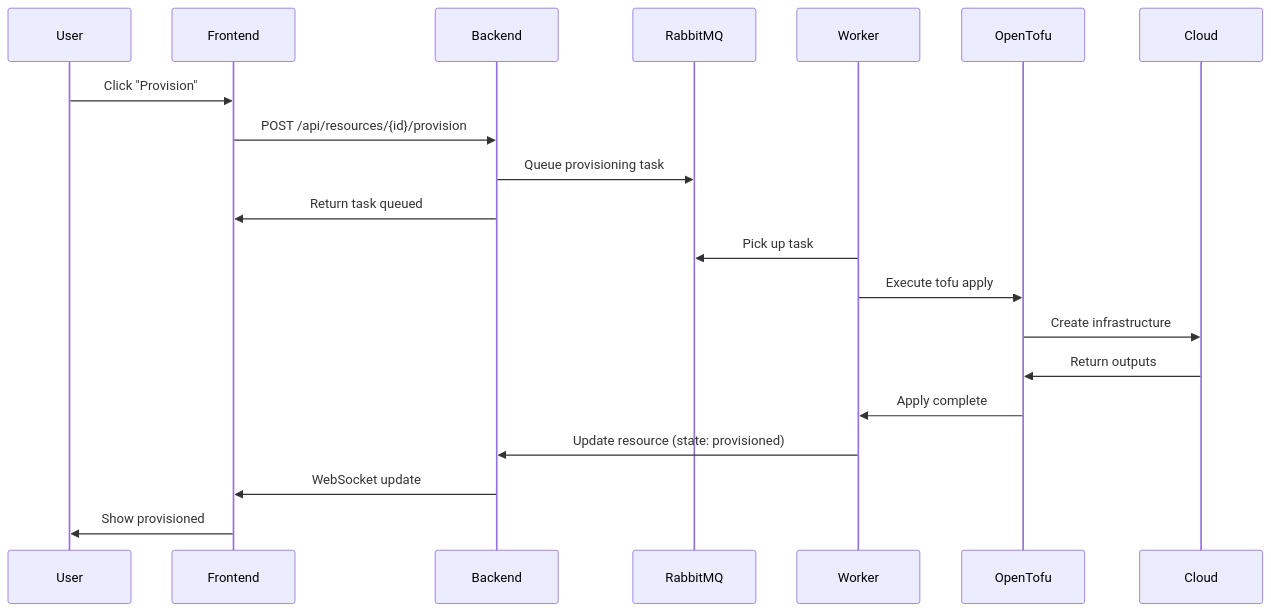
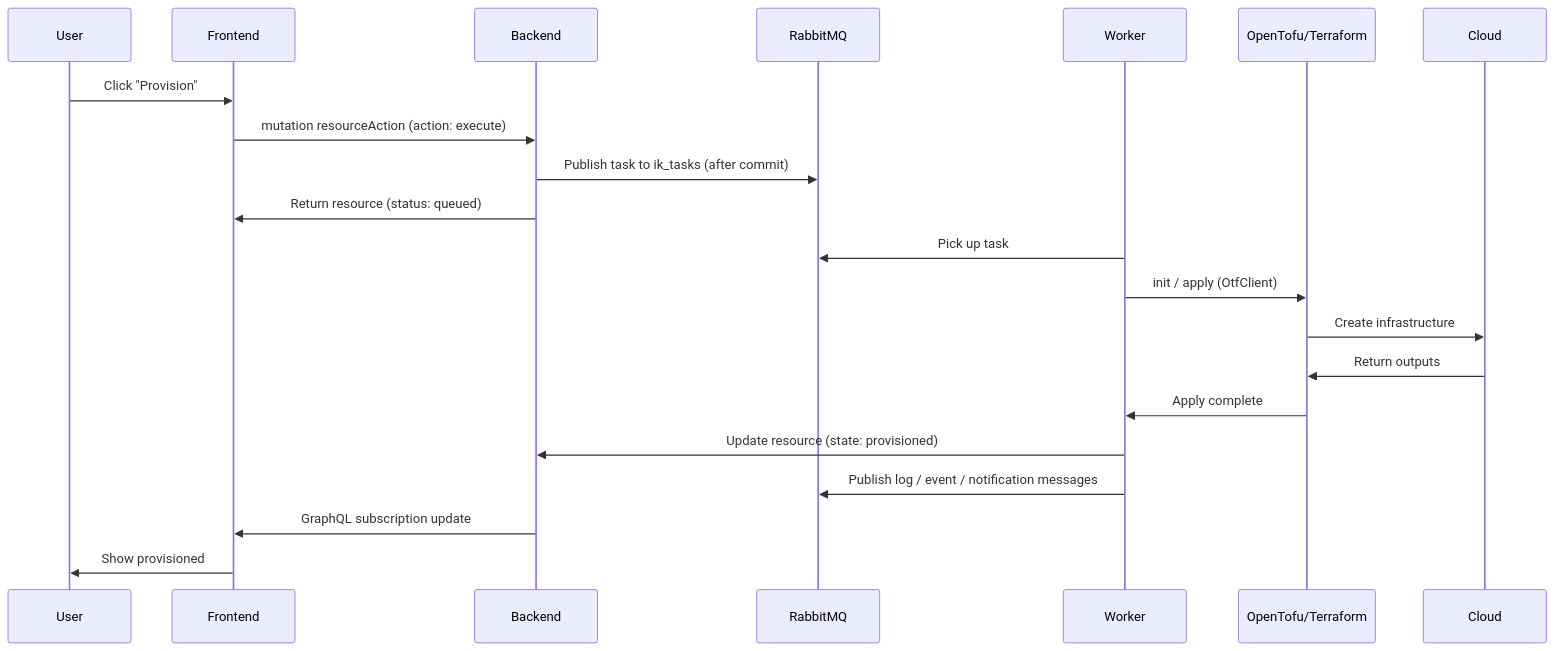
One commit to electrolux-oss/infrakitchen changed the third of 5 diagrams in docs/architecture.mdx. Above: the diagram before and after it, drawn with Mermaid. The commit also changed other lines of this file and 23 other files, not shown here.

````diff
--- a/docs/architecture.mdx
+++ b/docs/architecture.mdx
@@ -46,24 +86,30 @@
 ```mermaid
+---
+config:
+  themeVariables:
+    fontFamily: "ui-sans-serif, system-ui, sans-serif"
+---
 sequenceDiagram
     participant User
     participant Frontend
     participant Backend
     participant RabbitMQ
     participant Worker
-    participant OpenTofu
+    participant IaC as OpenTofu/Terraform
     participant Cloud
 
     User->>Frontend: Click "Provision"
-    Frontend->>Backend: POST /api/resources/{id}/provision
-    Backend->>RabbitMQ: Queue provisioning task
-    Backend->>Frontend: Return task queued
+    Frontend->>Backend: mutation resourceAction (action: execute)
+    Backend->>RabbitMQ: Publish task to ik_tasks (after commit)
+    Backend->>Frontend: Return resource (status: queued)
 
     Worker->>RabbitMQ: Pick up task
-    Worker->>OpenTofu: Execute tofu apply
-    OpenTofu->>Cloud: Create infrastructure
-    Cloud->>OpenTofu: Return outputs
-    OpenTofu->>Worker: Apply complete
+    Worker->>IaC: init / apply (OtfClient)
+    IaC->>Cloud: Create infrastructure
+    Cloud->>IaC: Return outputs
+    IaC->>Worker: Apply complete
     Worker->>Backend: Update resource (state: provisioned)
-    Backend->>Frontend: WebSocket update
+    Worker->>RabbitMQ: Publish log / event / notification messages
+    Backend->>Frontend: GraphQL subscription update
     Frontend->>User: Show provisioned
 ```
````
